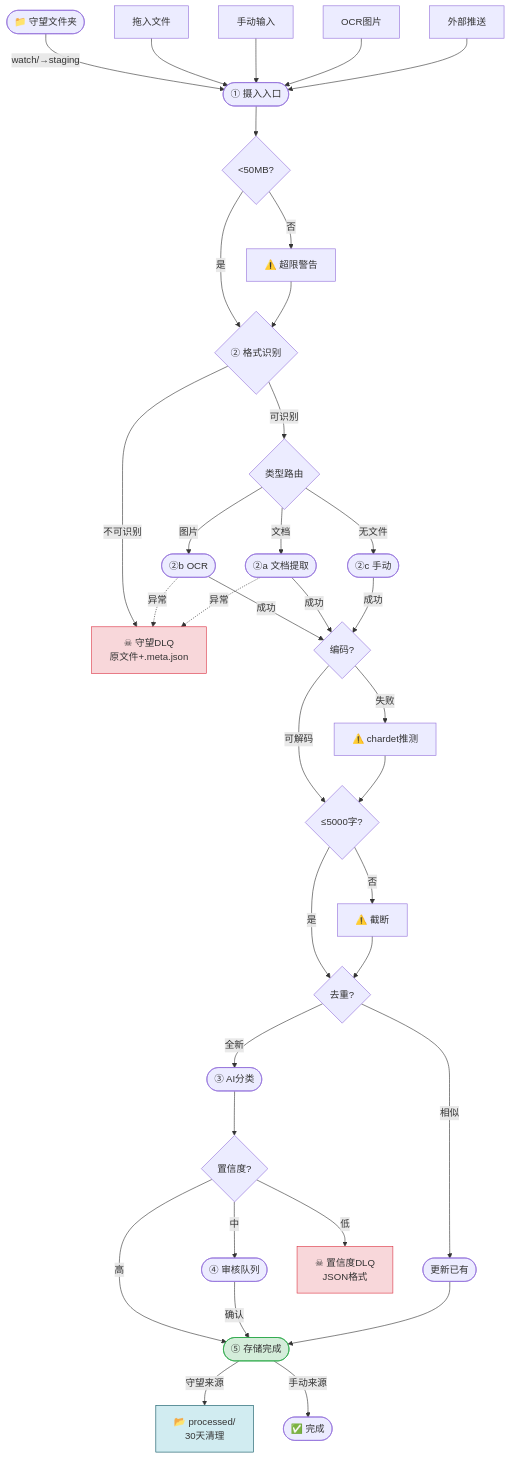
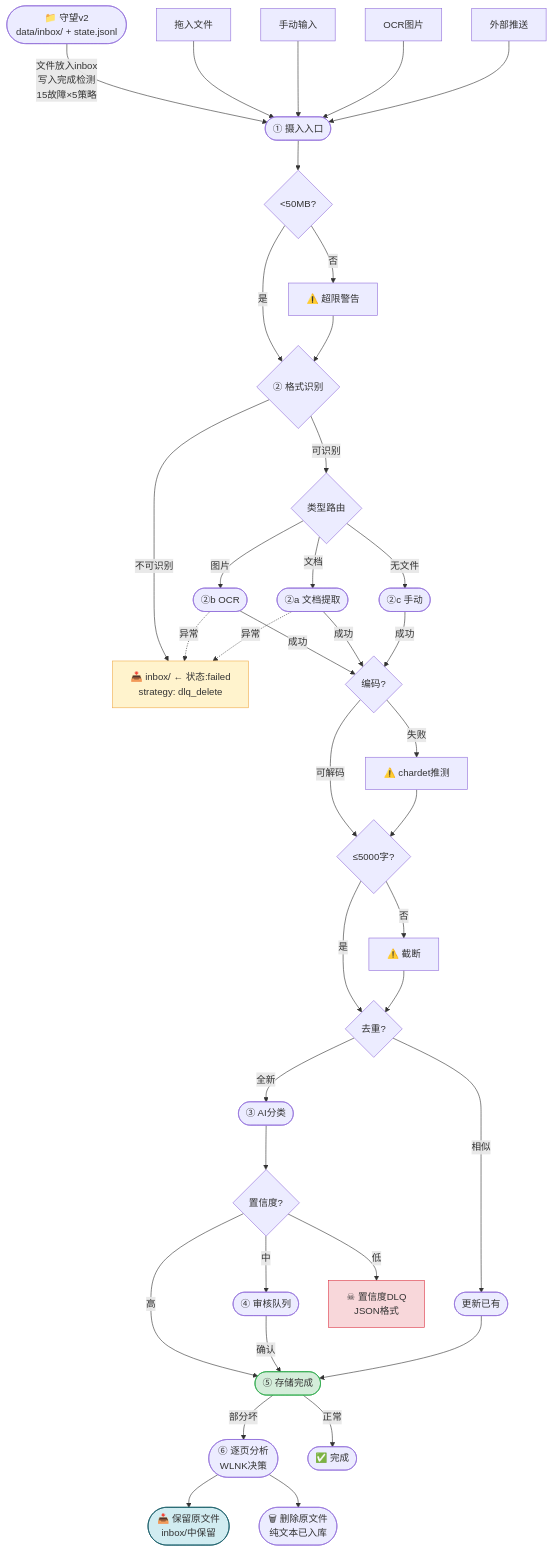
One commit to shiyao222333-afk/kb-query-engine changed the first of 4 diagrams in FLOWCHART.md. Above: the diagram before and after it, drawn with Mermaid. The commit also changed other lines of this file and 7 other files, not shown here.

````diff
--- a/FLOWCHART.md
+++ b/FLOWCHART.md
@@ -29,58 +29,61 @@
 ```mermaid
 flowchart TB
-    F_WATCH([📁 守望文件夹])
+    F_WATCH([📁 守望v2<br/>data/inbox/ + state.jsonl])
     F1[拖入文件]
     F3[手动输入]
     F4[OCR图片]
     F5[外部推送]
 
-    F_WATCH -->|watch/→staging| N1
+    F_WATCH -->|文件放入inbox<br/>写入完成检测<br/>15故障×5策略| N1
     F1 --> N1
     F3 --> N1
     F4 --> N1
     F5 --> N1
 
     N1([① 摄入入口]) --> C1{&lt;50MB?}
     C1 -->|是| N2
     C1 -->|否| W1[⚠️ 超限警告]
 
     W1 --> N2
     N2{② 格式识别} -->|可识别| C2
-    N2 -->|不可识别| DL_WATCH[☠ 守望DLQ<br/>原文件+.meta.json]
+    N2 -->|不可识别| INBOX_FAILED[📥 inbox/ ← 状态:failed<br/>strategy: dlq_delete]
 
     C2{类型路由} -->|图片| N4_OCR([②b OCR])
     C2 -->|文档| N4_DOC([②a 文档提取])
     C2 -->|无文件| N4_MAN([②c 手动])
 
     N4_OCR -->|成功| C3
     N4_DOC -->|成功| C3
     N4_MAN -->|成功| C3
-    N4_OCR -.->|异常| DL_WATCH
-    N4_DOC -.->|异常| DL_WATCH
+    N4_OCR -.->|异常| INBOX_FAILED
+    N4_DOC -.->|异常| INBOX_FAILED
 
     C3{编码?} -->|可解码| N5
     C3 -->|失败| W2[⚠️ chardet推测]
 
     W2 --> N5
     N5{≤5000字?} -->|是| C_DUP
     N5 -->|否| W3[⚠️ 截断]
 
     W3 --> C_DUP
     C_DUP{去重?} -->|全新| N6
     C_DUP -->|相似| N_UPDATE([更新已有])
 
     N6([③ AI分类]) --> C4{置信度?}
     C4 -->|高| N7
     C4 -->|中| N8([④ 审核队列])
     C4 -->|低| DL_CONF[☠ 置信度DLQ<br/>JSON格式]
     N8 -->|确认| N7
     N_UPDATE --> N7
 
-    N7([⑤ 存储完成]) -->|守望来源| PROC[📂 processed/<br/>30天清理]
-    N7 -->|手动来源| DONE([✅ 完成])
+    N7([⑤ 存储完成]) -->|部分坏| N_PAGES([⑥ 逐页分析<br/>WLNK决策])
+    N_PAGES --> KEEP([📥 保留原文件<br/>inbox/中保留])
+    N_PAGES --> DELETE([🗑 删除原文件<br/>纯文本已入库])
+
+    N7 -->|正常| DONE([✅ 完成])
 
     style N7 fill:#d4edda,stroke:#28a745
-    style DL_WATCH fill:#f8d7da,stroke:#dc3545
+    style INBOX_FAILED fill:#fff3cd,stroke:#f0ad4e
     style DL_CONF fill:#f8d7da,stroke:#dc3545
-    style PROC fill:#d1ecf1,stroke:#0c5460
+    style KEEP fill:#d1ecf1,stroke:#0c5460
 ```
````
